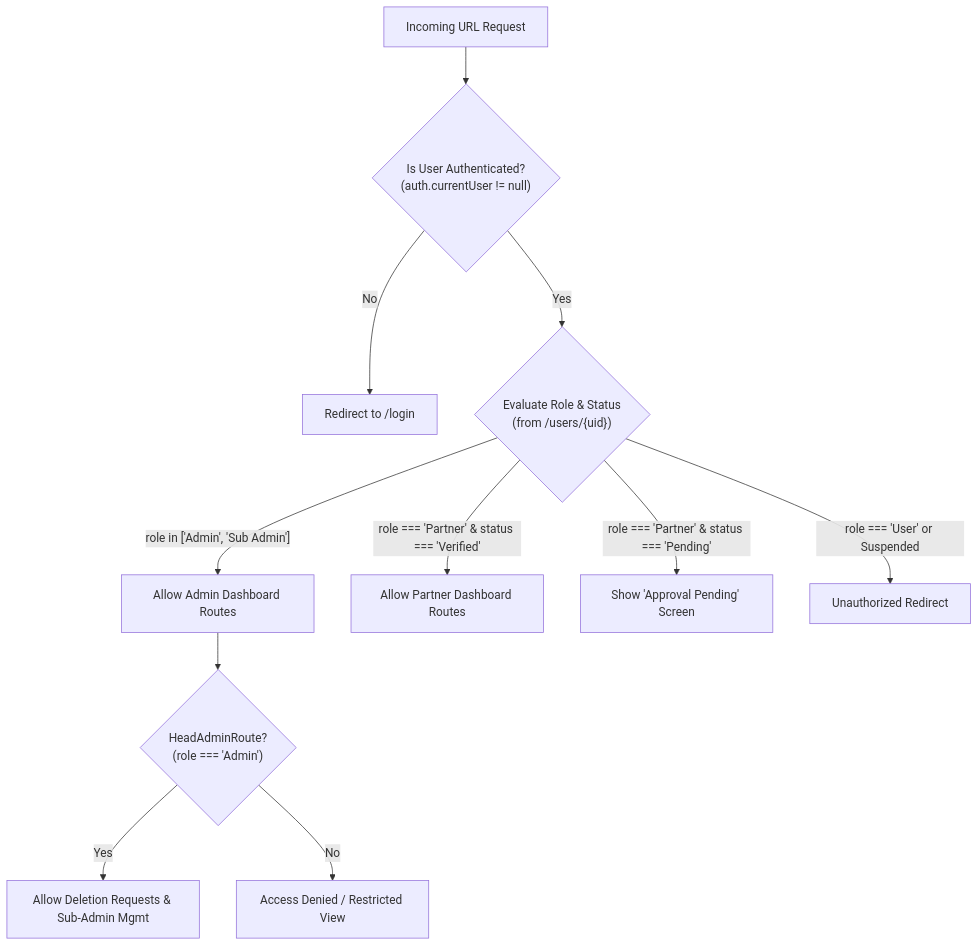
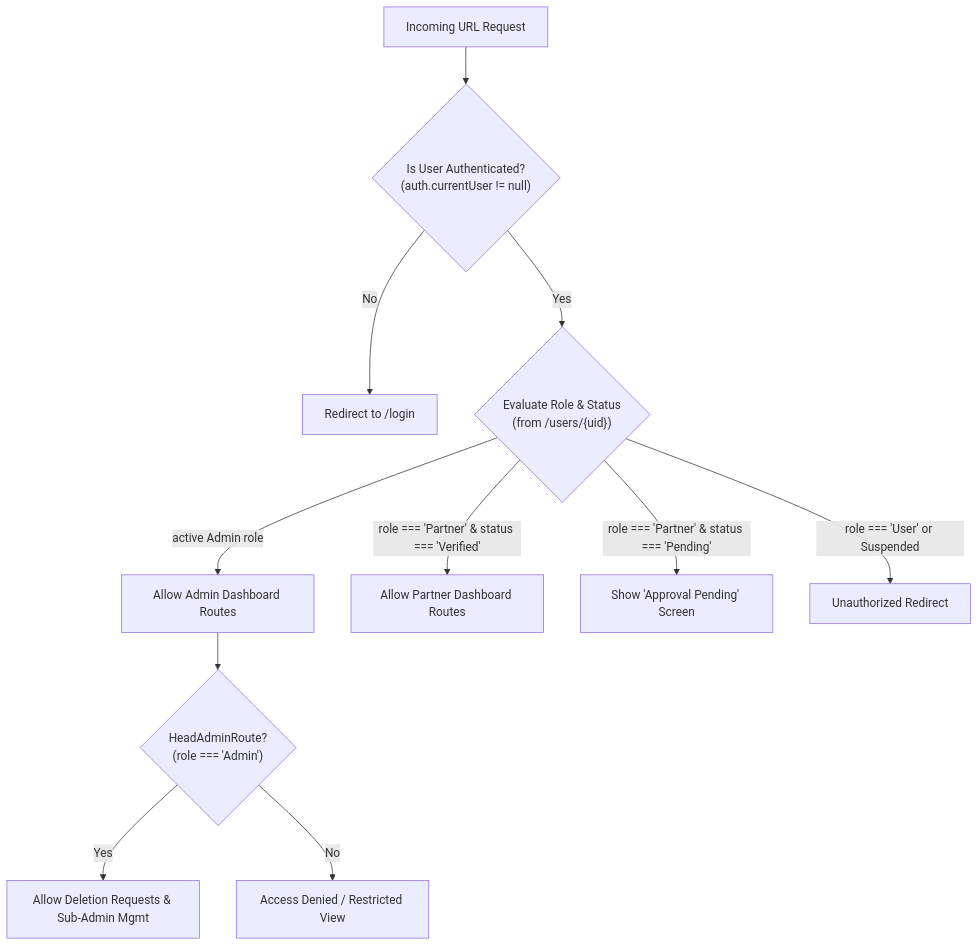
Before and after one commit to Thaiseva-Org/Thaiseva-Admin: the second of 5 diagrams in docs/02-architecture/SYSTEM_ARCHITECTURE.md, drawn with Mermaid. The commit also changed other lines of this file and 13 other files, not shown here.

````diff
--- a/docs/02-architecture/SYSTEM_ARCHITECTURE.md
+++ b/docs/02-architecture/SYSTEM_ARCHITECTURE.md
@@ -115,15 +117,15 @@
 ```mermaid
 flowchart TD
     Req["Incoming URL Request"] --> PrivetRouter{"Is User Authenticated?<br/>(auth.currentUser != null)"}
     PrivetRouter -- No --> RedirectLogin["Redirect to /login"]
     PrivetRouter -- Yes --> RoleCheck{"Evaluate Role & Status<br/>(from /users/{uid})"}
     
-    RoleCheck -- "role in ['Admin', 'Sub Admin']" --> AdminRoute["Allow Admin Dashboard Routes"]
+    RoleCheck -- "active Admin role" --> AdminRoute["Allow Admin Dashboard Routes"]
     AdminRoute --> HeadAdminCheck{"HeadAdminRoute?<br/>(role === 'Admin')"}
     HeadAdminCheck -- Yes --> HeadAdminOnly["Allow Deletion Requests & Sub-Admin Mgmt"]
     HeadAdminCheck -- No --> DenyHeadAdmin["Access Denied / Restricted View"]
 
     RoleCheck -- "role === 'Partner' & status === 'Verified'" --> PartnerRoute["Allow Partner Dashboard Routes"]
     RoleCheck -- "role === 'Partner' & status === 'Pending'" --> PendingNotice["Show 'Approval Pending' Screen"]
     RoleCheck -- "role === 'User' or Suspended" --> Denied["Unauthorized Redirect"]
 ```
````
